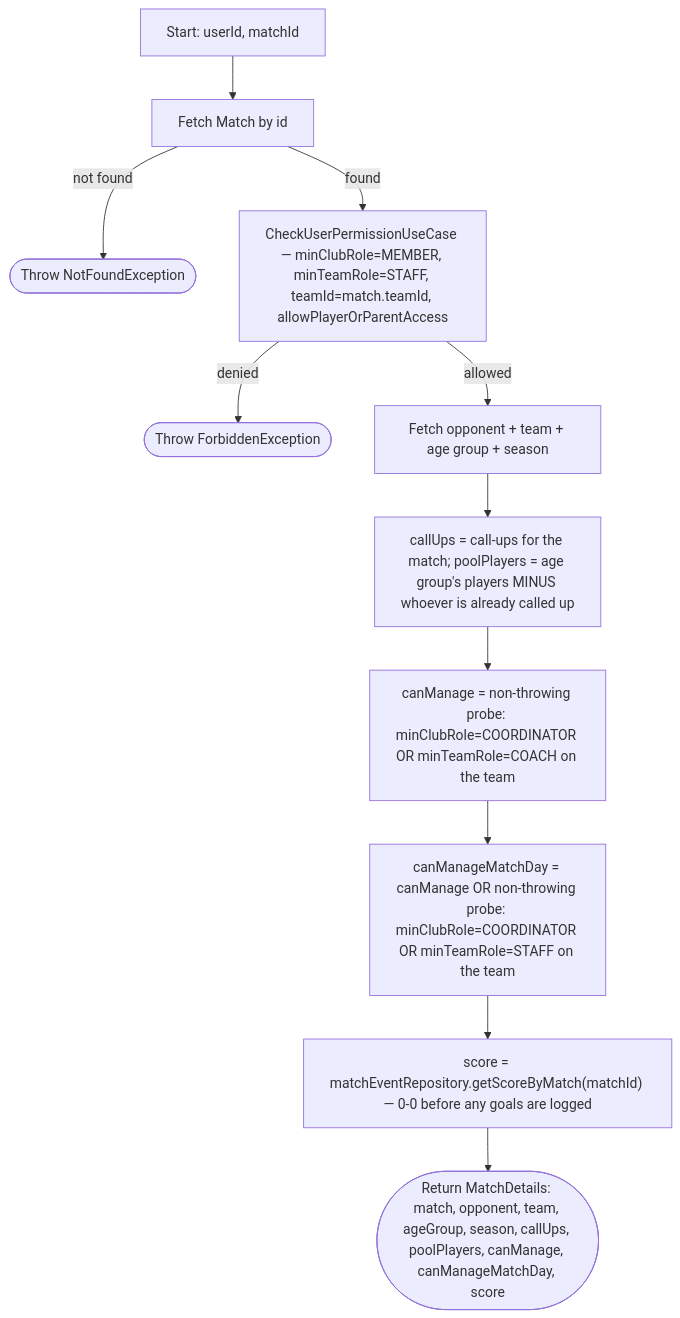
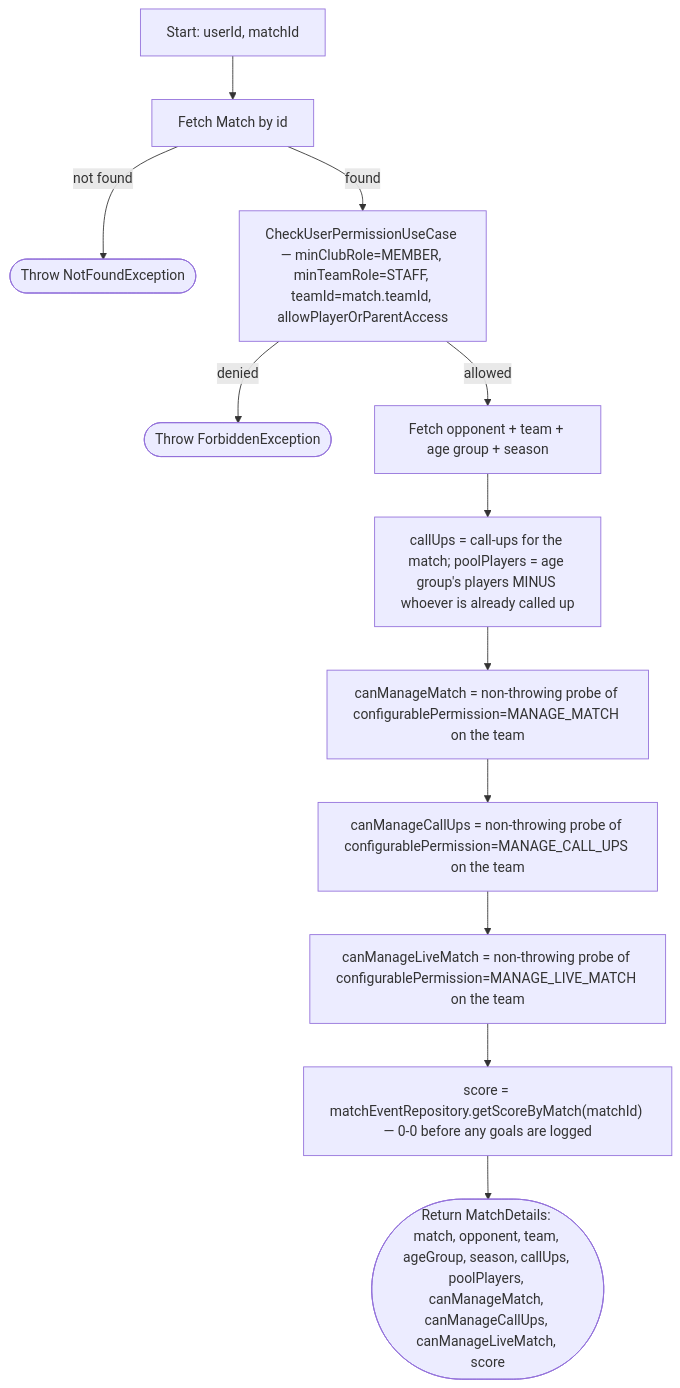
Diagram 39 of 57 in PROCESS_FLOWS.md (ricardofrango/squadify), drawn with Mermaid before and after one commit. The commit also changed other lines of this file and 30 other files, not shown here.

First line of the commit message:
Make permission-gated UI actually track club permissions, add friendly denial messages

````diff
--- a/PROCESS_FLOWS.md
+++ b/PROCESS_FLOWS.md
@@ -839,13 +842,14 @@
 ```mermaid
 graph TD
     A[Start: userId, matchId] --> B[Fetch Match by id]
     B -- not found --> N(["Throw NotFoundException"])
     B -- found --> C[CheckUserPermissionUseCase — minClubRole=MEMBER, minTeamRole=STAFF, teamId=match.teamId, allowPlayerOrParentAccess]
     C -- denied --> F(["Throw ForbiddenException"])
     C -- allowed --> D[Fetch opponent + team + age group + season]
     D --> E["callUps = call-ups for the match; poolPlayers = age group's players MINUS whoever is already called up"]
-    E --> G["canManage = non-throwing probe: minClubRole=COORDINATOR OR minTeamRole=COACH on the team"]
-    G --> G2["canManageMatchDay = canManage OR non-throwing probe: minClubRole=COORDINATOR OR minTeamRole=STAFF on the team"]
-    G2 --> H["score = matchEventRepository.getScoreByMatch(matchId) — 0-0 before any goals are logged"]
-    H --> Z(["Return MatchDetails: match, opponent, team, ageGroup, season, callUps, poolPlayers, canManage, canManageMatchDay, score"])
+    E --> G["canManageMatch = non-throwing probe of configurablePermission=MANAGE_MATCH on the team"]
+    G --> G2["canManageCallUps = non-throwing probe of configurablePermission=MANAGE_CALL_UPS on the team"]
+    G2 --> G3["canManageLiveMatch = non-throwing probe of configurablePermission=MANAGE_LIVE_MATCH on the team"]
+    G3 --> H["score = matchEventRepository.getScoreByMatch(matchId) — 0-0 before any goals are logged"]
+    H --> Z(["Return MatchDetails: match, opponent, team, ageGroup, season, callUps, poolPlayers, canManageMatch, canManageCallUps, canManageLiveMatch, score"])
 ```
````
